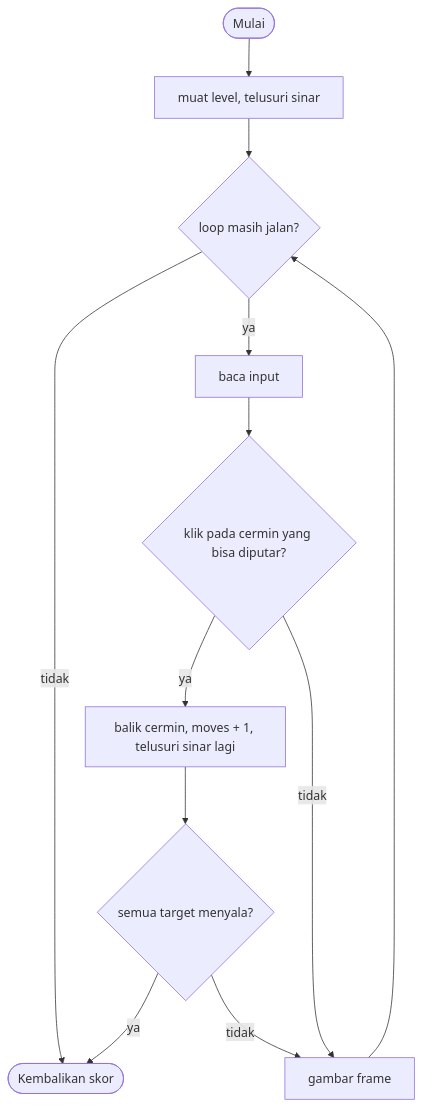
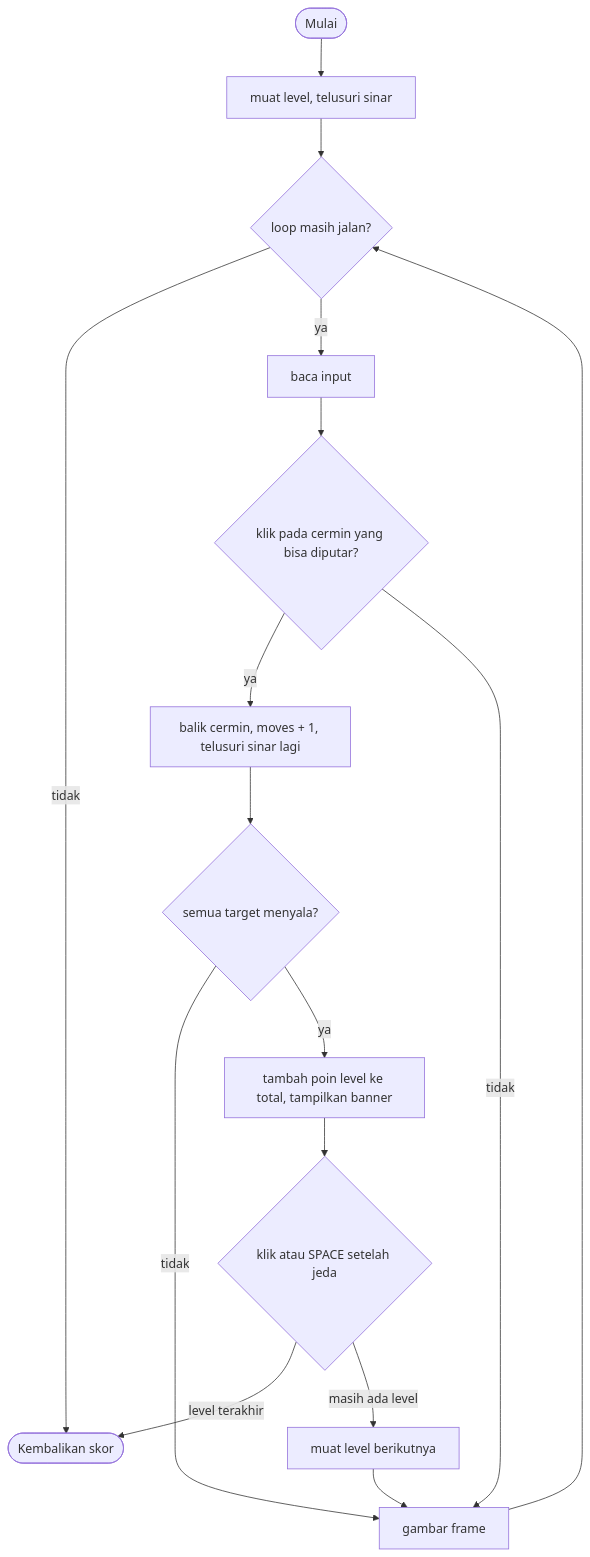
The diagram in deferred/laser_mirrors/GAME.md (zaxx-q/arCade), drawn with Mermaid before and after one commit. The commit also changed other lines of this file and 13 other files, not shown here.

````diff
--- a/deferred/laser_mirrors/GAME.md
+++ b/deferred/laser_mirrors/GAME.md
@@ -160,14 +210,18 @@
 ```mermaid
 flowchart TD
     A([Mulai]) --> B["muat level, telusuri sinar"]
     B --> C{"loop masih jalan?"}
     C -- tidak --> Z([Kembalikan skor])
     C -- ya --> D[baca input]
     D --> E{"klik pada cermin yang bisa diputar?"}
     E -- ya --> F["balik cermin, moves + 1, telusuri sinar lagi"]
     E -- tidak --> G[gambar frame]
     F --> H{"semua target menyala?"}
-    H -- ya --> Z
     H -- tidak --> G
+    H -- ya --> P["tambah poin level ke total, tampilkan banner"]
+    P --> Q{"klik atau SPACE setelah jeda"}
+    Q -- level terakhir --> Z
+    Q -- masih ada level --> N["muat level berikutnya"]
+    N --> G
     G --> C
 ```
````
